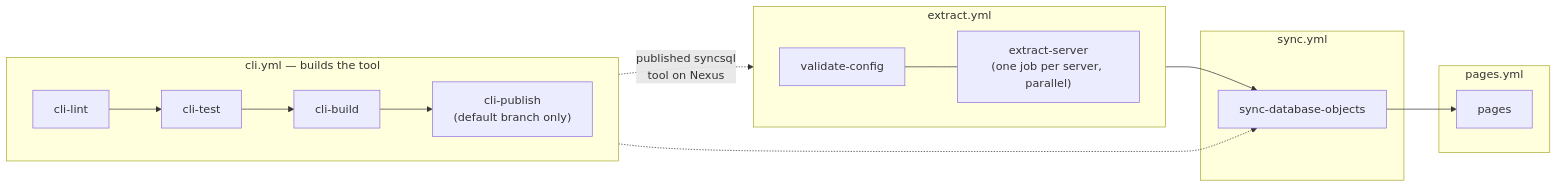
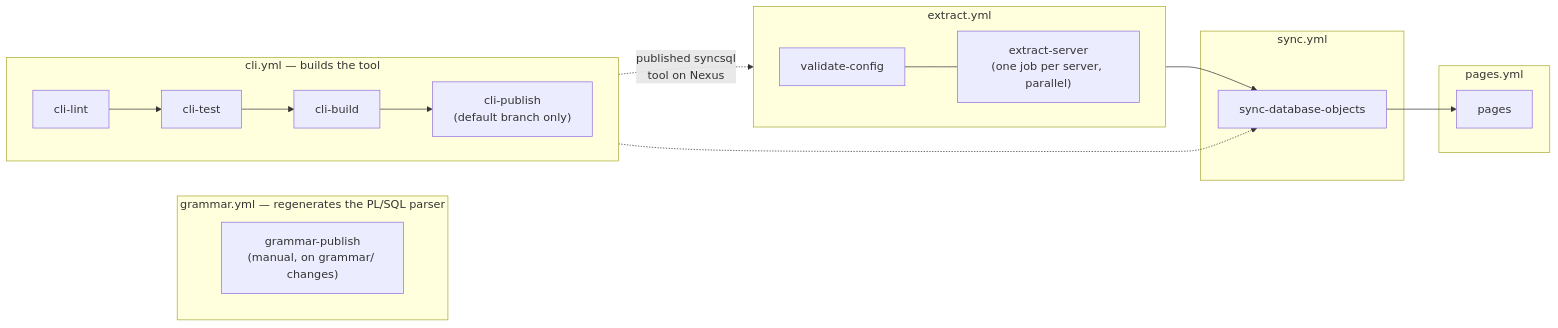
One commit to cangelosilima/SyncSQL changed the diagram in .gitlab/README.md. Above: the diagram before and after it, drawn with Mermaid. The commit also changed other lines of this file and 19 other files, not shown here.

````diff
--- a/.gitlab/README.md
+++ b/.gitlab/README.md
@@ -53,24 +55,28 @@
 ```mermaid
 flowchart LR
+    subgraph grammar["grammar.yml — regenerates the PL/SQL parser"]
+        gp["grammar-publish\n(manual, on grammar/ changes)"]
+    end
+
     subgraph cli["cli.yml — builds the tool"]
         direction LR
         clint[cli-lint] --> ctest[cli-test] --> cbuild[cli-build] --> cpub["cli-publish\n(default branch only)"]
     end
 
     subgraph extract["extract.yml"]
         direction LR
         vc[validate-config] --- es["extract-server\n(one job per server, parallel)"]
     end
 
     subgraph sync["sync.yml"]
         sdo[sync-database-objects]
     end
 
     subgraph pages["pages.yml"]
         pg[pages]
     end
 
     cpub -.->|"published syncsql\ntool on Nexus"| es
     cpub -.-> sdo
     es --> sdo --> pg
 ```
````
